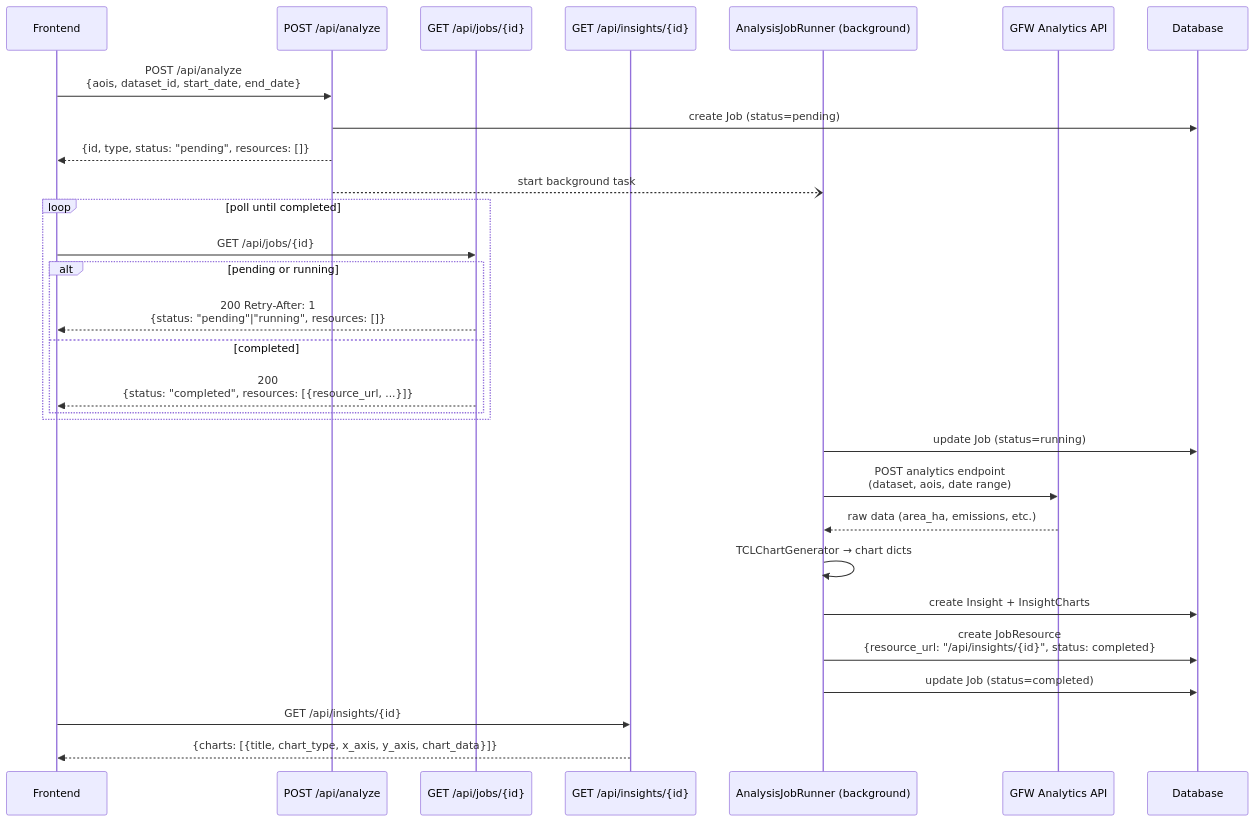
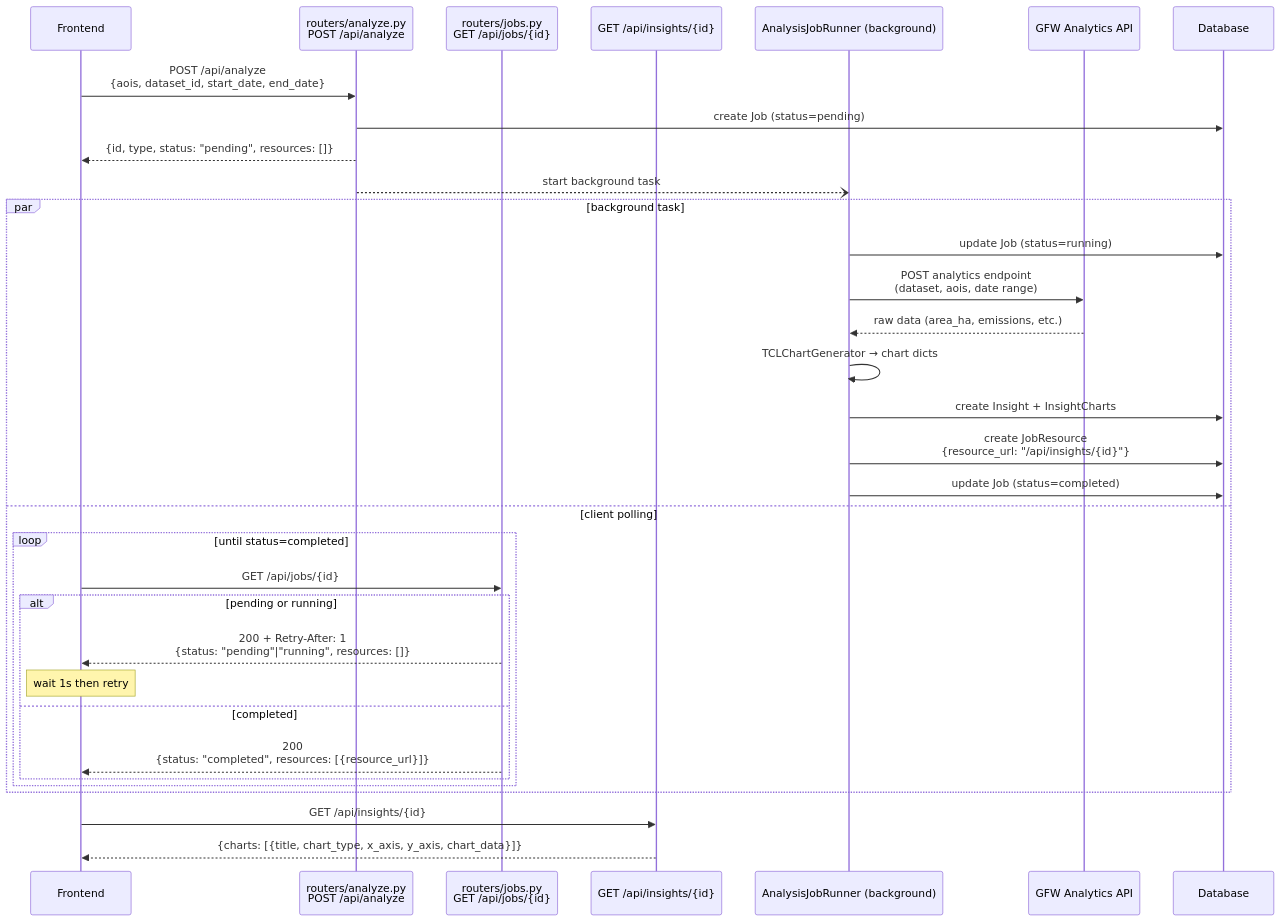
Before and after one commit to wri/project-zeno: the diagram in src/api/docs/analyze_flow.md, drawn with Mermaid.

Commit message:
Update mermaid diagram

````diff
--- a/src/api/docs/analyze_flow.md
+++ b/src/api/docs/analyze_flow.md
@@ -9,35 +9,38 @@
 ```mermaid
 sequenceDiagram
     participant FE as Frontend
-    participant API as POST /api/analyze
-    participant Jobs as GET /api/jobs/{id}
+    participant Analyze as routers/analyze.py<br/>POST /api/analyze
+    participant Jobs as routers/jobs.py<br/>GET /api/jobs/{id}
     participant Insights as GET /api/insights/{id}
     participant BG as AnalysisJobRunner (background)
     participant Analytics as GFW Analytics API
     participant DB as Database
 
-    FE->>API: POST /api/analyze<br/>{aois, dataset_id, start_date, end_date}
-    API->>DB: create Job (status=pending)
-    API-->>FE: {id, type, status: "pending", resources: []}
-    API--)BG: start background task
+    FE->>Analyze: POST /api/analyze<br/>{aois, dataset_id, start_date, end_date}
+    Analyze->>DB: create Job (status=pending)
+    Analyze-->>FE: {id, type, status: "pending", resources: []}
+    Analyze--)BG: start background task
 
-    loop poll until completed
-        FE->>Jobs: GET /api/jobs/{id}
-        alt pending or running
-            Jobs-->>FE: 200 Retry-After: 1<br/>{status: "pending"|"running", resources: []}
-        else completed
-            Jobs-->>FE: 200<br/>{status: "completed", resources: [{resource_url, ...}]}
+    par background task
+        BG->>DB: update Job (status=running)
+        BG->>Analytics: POST analytics endpoint<br/>(dataset, aois, date range)
+        Analytics-->>BG: raw data (area_ha, emissions, etc.)
+        BG->>BG: TCLChartGenerator → chart dicts
+        BG->>DB: create Insight + InsightCharts
+        BG->>DB: create JobResource<br/>{resource_url: "/api/insights/{id}"}
+        BG->>DB: update Job (status=completed)
+    and client polling
+        loop until status=completed
+            FE->>Jobs: GET /api/jobs/{id}
+            alt pending or running
+                Jobs-->>FE: 200 + Retry-After: 1<br/>{status: "pending"|"running", resources: []}
+                Note over FE: wait 1s then retry
+            else completed
+                Jobs-->>FE: 200<br/>{status: "completed", resources: [{resource_url}]}
+            end
         end
     end
-
-    BG->>DB: update Job (status=running)
-    BG->>Analytics: POST analytics endpoint<br/>(dataset, aois, date range)
-    Analytics-->>BG: raw data (area_ha, emissions, etc.)
-    BG->>BG: TCLChartGenerator → chart dicts
-    BG->>DB: create Insight + InsightCharts
-    BG->>DB: create JobResource<br/>{resource_url: "/api/insights/{id}", status: completed}
-    BG->>DB: update Job (status=completed)
 
     FE->>Insights: GET /api/insights/{id}
     Insights-->>FE: {charts: [{title, chart_type, x_axis, y_axis, chart_data}]}
 ```
````
